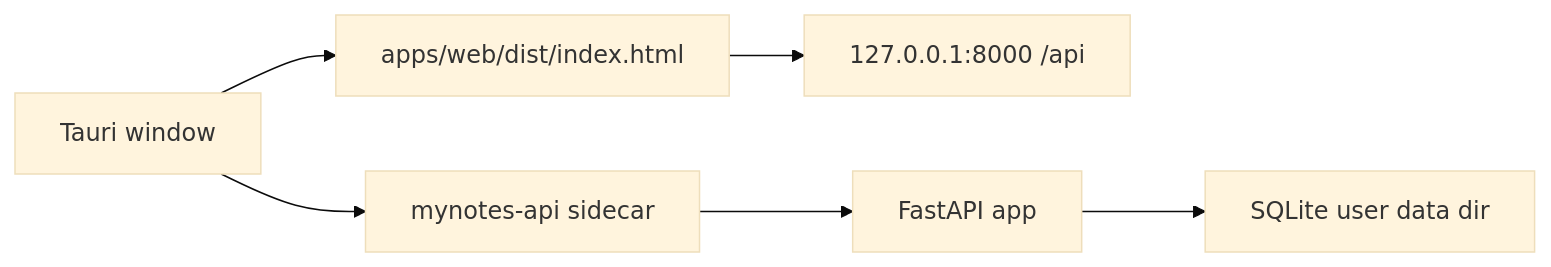
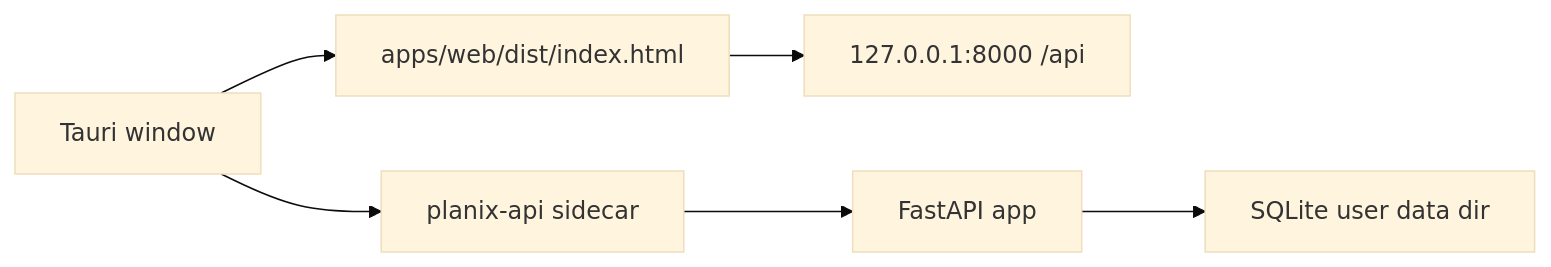
One commit to ab2956955606-cmyk/Planix changed the second of 2 diagrams in docs/architecture.md. Above: the diagram before and after it, drawn with Mermaid (base theme). The commit also changed other lines of this file and 50 other files, not shown here.

````diff
--- a/docs/architecture.md
+++ b/docs/architecture.md
@@ -40,8 +40,8 @@
 ```mermaid
 flowchart LR
   T["Tauri window"] --> W["apps/web/dist/index.html"]
   W --> API["127.0.0.1:8000 /api"]
-  T --> S["mynotes-api sidecar"]
+  T --> S["planix-api sidecar"]
   S --> F["FastAPI app"]
   F --> DB["SQLite user data dir"]
 ```
````
